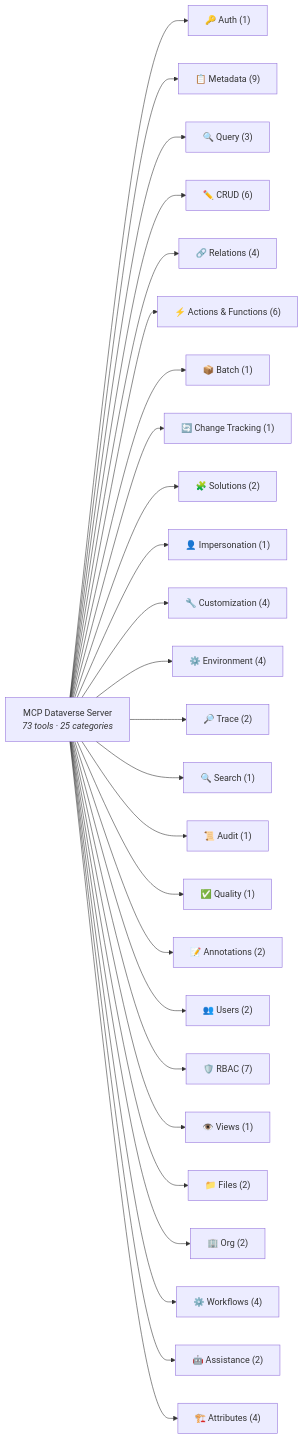
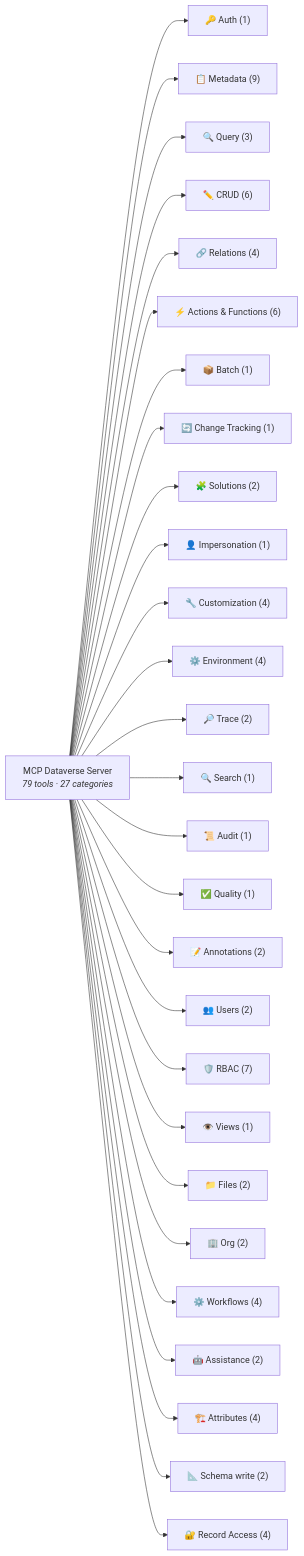
One commit to codeurali/mcp-dataverse changed the diagram in CAPABILITIES.md. Above: the diagram before and after it, drawn with Mermaid. The commit also changed other lines of this file and 19 other files, not shown here.

````diff
--- a/CAPABILITIES.md
+++ b/CAPABILITIES.md
@@ -96,30 +98,32 @@
 ```mermaid
 graph LR
-    MCP["MCP Dataverse Server<br/><i>73 tools · 25 categories</i>"]
+    MCP["MCP Dataverse Server<br/><i>79 tools · 27 categories</i>"]
 
     MCP --> AUTH["🔑 Auth (1)"]
     MCP --> META["📋 Metadata (9)"]
     MCP --> QUERY["🔍 Query (3)"]
     MCP --> CRUD["✏️ CRUD (6)"]
     MCP --> REL["🔗 Relations (4)"]
     MCP --> ACT["⚡ Actions & Functions (6)"]
     MCP --> BATCH["📦 Batch (1)"]
     MCP --> TRACK["🔄 Change Tracking (1)"]
     MCP --> SOL["🧩 Solutions (2)"]
     MCP --> IMP["👤 Impersonation (1)"]
     MCP --> CUST["🔧 Customization (4)"]
     MCP --> ENV["⚙️ Environment (4)"]
     MCP --> TRACE["🔎 Trace (2)"]
     MCP --> SRCH["🔍 Search (1)"]
     MCP --> AUDIT["📜 Audit (1)"]
     MCP --> QUAL["✅ Quality (1)"]
     MCP --> NOTE["📝 Annotations (2)"]
     MCP --> USR["👥 Users (2)"]
     MCP --> RBAC["🛡️ RBAC (7)"]
     MCP --> VIEWS["👁️ Views (1)"]
     MCP --> FILES["📁 Files (2)"]
     MCP --> ORG["🏢 Org (2)"]
     MCP --> WF["⚙️ Workflows (4)"]
     MCP --> ASSIST["🤖 Assistance (2)"]
     MCP --> ATTR["🏗️ Attributes (4)"]
+    MCP --> SCHEMA["📐 Schema write (2)"]
+    MCP --> ACCESS["🔐 Record Access (4)"]
 ```
````
